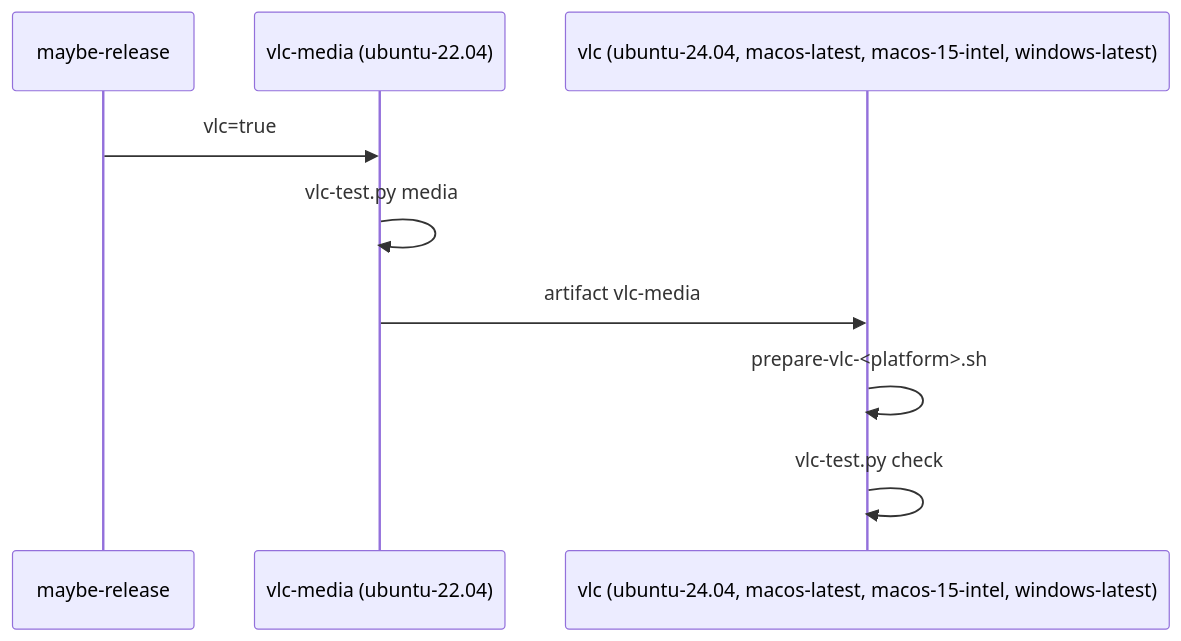
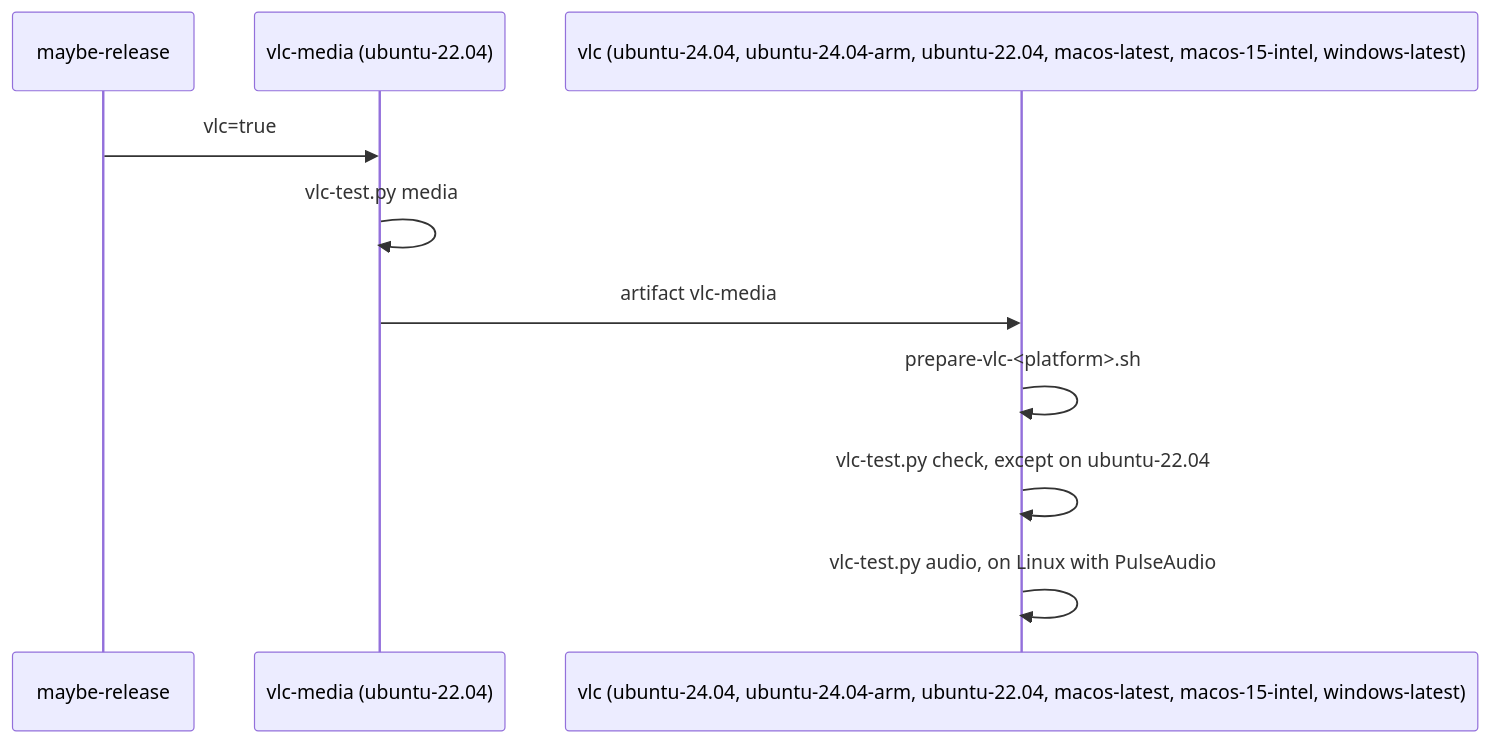
The second of 2 diagrams in plans/2026-11-21-vlc-local-playback.md (simplex-chat/simplex-chat), drawn with Mermaid before and after one commit. The commit also changed other lines of this file and 2 other files, not shown here.

````diff
--- a/plans/2026-11-21-vlc-local-playback.md
+++ b/plans/2026-11-21-vlc-local-playback.md
@@ -66,11 +69,12 @@
 ```mermaid
 sequenceDiagram
   participant MR as maybe-release
   participant VM as vlc-media (ubuntu-22.04)
-  participant V as vlc (ubuntu-24.04, macos-latest, macos-15-intel, windows-latest)
+  participant V as vlc (ubuntu-24.04, ubuntu-24.04-arm, ubuntu-22.04, macos-latest, macos-15-intel, windows-latest)
   MR->>VM: vlc=true
   VM->>VM: vlc-test.py media
   VM->>V: artifact vlc-media
   V->>V: prepare-vlc-<platform>.sh
-  V->>V: vlc-test.py check
+  V->>V: vlc-test.py check, except on ubuntu-22.04
+  V->>V: vlc-test.py audio, on Linux with PulseAudio
 ```
````
